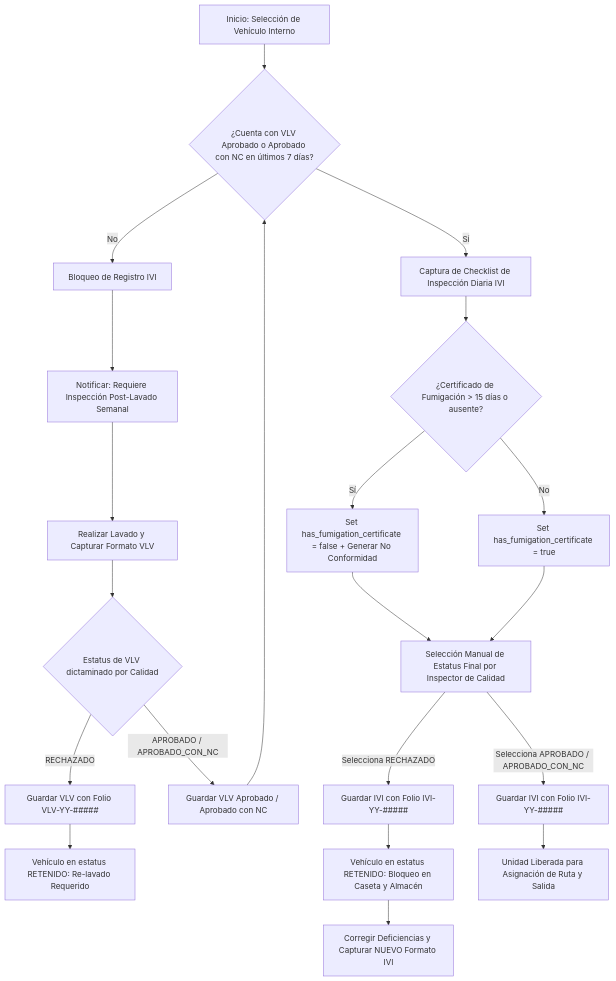
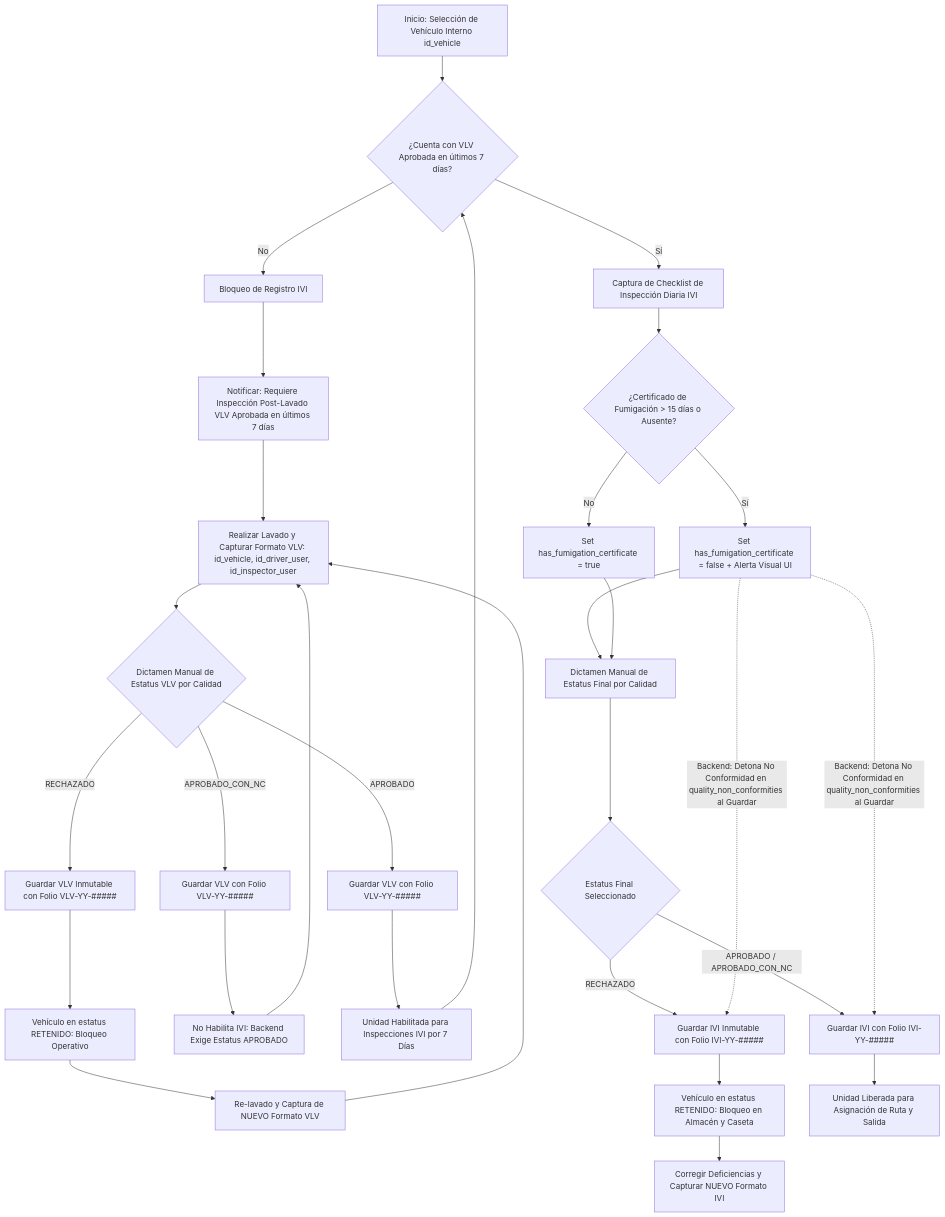
Before and after one commit to Automatizacion-KPC/KoonolApp: the first of 2 diagrams in docs/modules/vehicle_inspection.md, drawn with Mermaid. The commit also changed other lines of this file, not shown here.

Commit message:
docs(vhi/docs): actualizar BR-VHI-05 y diagramas de flujo para incluir disparadores al modulo qnc [chore]

````diff
--- a/docs/modules/vehicle_inspection.md
+++ b/docs/modules/vehicle_inspection.md
@@ -103,26 +103,43 @@
 ```mermaid
 graph TD
-    A[Inicio: Selección de Vehículo Interno] --> B{¿Cuenta con VLV Aprobado o Aprobado con NC en últimos 7 días?}
+    A[Inicio: Selección de Vehículo Interno id_vehicle] --> B{¿Cuenta con VLV Aprobada en últimos 7 días?}
+
     B -- No --> C[Bloqueo de Registro IVI]
-    C --> D[Notificar: Requiere Inspección Post-Lavado Semanal]
-    D --> E[Realizar Lavado y Capturar Formato VLV]
-    E --> F{Estatus de VLV dictaminado por Calidad}
-    F -- RECHAZADO --> G[Guardar VLV con Folio VLV-YY-#####]
-    G --> H[Vehículo en estatus RETENIDO: Re-lavado Requerido]
-    F -- APROBADO / APROBADO_CON_NC --> I[Guardar VLV Aprobado / Aprobado con NC]
-    I --> B
+    C --> D[Notificar: Requiere Inspección Post-Lavado VLV Aprobada en últimos 7 días]
+    D --> E[Realizar Lavado y Capturar Formato VLV: id_vehicle, id_driver_user, id_inspector_user]
+    E --> F{Dictamen Manual de Estatus VLV por Calidad}
+
+    F -- RECHAZADO --> G1[Guardar VLV Inmutable con Folio VLV-YY-#####]
+    G1 --> H1[Vehículo en estatus RETENIDO: Bloqueo Operativo]
+    H1 --> I1[Re-lavado y Captura de NUEVO Formato VLV]
+    I1 --> E
+
+    F -- APROBADO_CON_NC --> G2[Guardar VLV con Folio VLV-YY-#####]
+    G2 --> H2[No Habilita IVI: Backend Exige Estatus APROBADO]
+    H2 --> E
+
+    F -- APROBADO --> G3[Guardar VLV con Folio VLV-YY-#####]
+    G3 --> H3[Unidad Habilitada para Inspecciones IVI por 7 Días]
+    H3 --> B
 
     B -- Sí --> J[Captura de Checklist de Inspección Diaria IVI]
-    J --> K{¿Certificado de Fumigación > 15 días o ausente?}
-    K -- Sí --> L[Set has_fumigation_certificate = false + Generar No Conformidad]
+    J --> K{¿Certificado de Fumigación > 15 días o Ausente?}
+
+    K -- Sí --> L[Set has_fumigation_certificate = false + Alerta Visual UI]
     K -- No --> M[Set has_fumigation_certificate = true]
-    L --> N[Selección Manual de Estatus Final por Inspector de Calidad]
+
+    L --> N[Dictamen Manual de Estatus Final por Calidad]
     M --> N
 
-    N -- Selecciona RECHAZADO --> O[Guardar IVI con Folio IVI-YY-#####]
-    O --> P[Vehículo en estatus RETENIDO: Bloqueo en Caseta y Almacén]
-    P --> Q[Corregir Deficiencias y Capturar NUEVO Formato IVI]
+    N --> O{Estatus Final Seleccionado}
 
-    N -- Selecciona APROBADO / APROBADO_CON_NC --> R[Guardar IVI con Folio IVI-YY-#####]
-    R --> S[Unidad Liberada para Asignación de Ruta y Salida]
+    O -- RECHAZADO --> P1[Guardar IVI Inmutable con Folio IVI-YY-#####]
+    P1 --> Q1[Vehículo en estatus RETENIDO: Bloqueo en Almacén y Caseta]
+    Q1 --> R1[Corregir Deficiencias y Capturar NUEVO Formato IVI]
+
+    O -- APROBADO / APROBADO_CON_NC --> P2[Guardar IVI con Folio IVI-YY-#####]
+    P2 --> Q2[Unidad Liberada para Asignación de Ruta y Salida]
+
+    L -. Backend: Detona No Conformidad en quality_non_conformities al Guardar .-> P1
+    L -. Backend: Detona No Conformidad en quality_non_conformities al Guardar .-> P2
 ```
````
